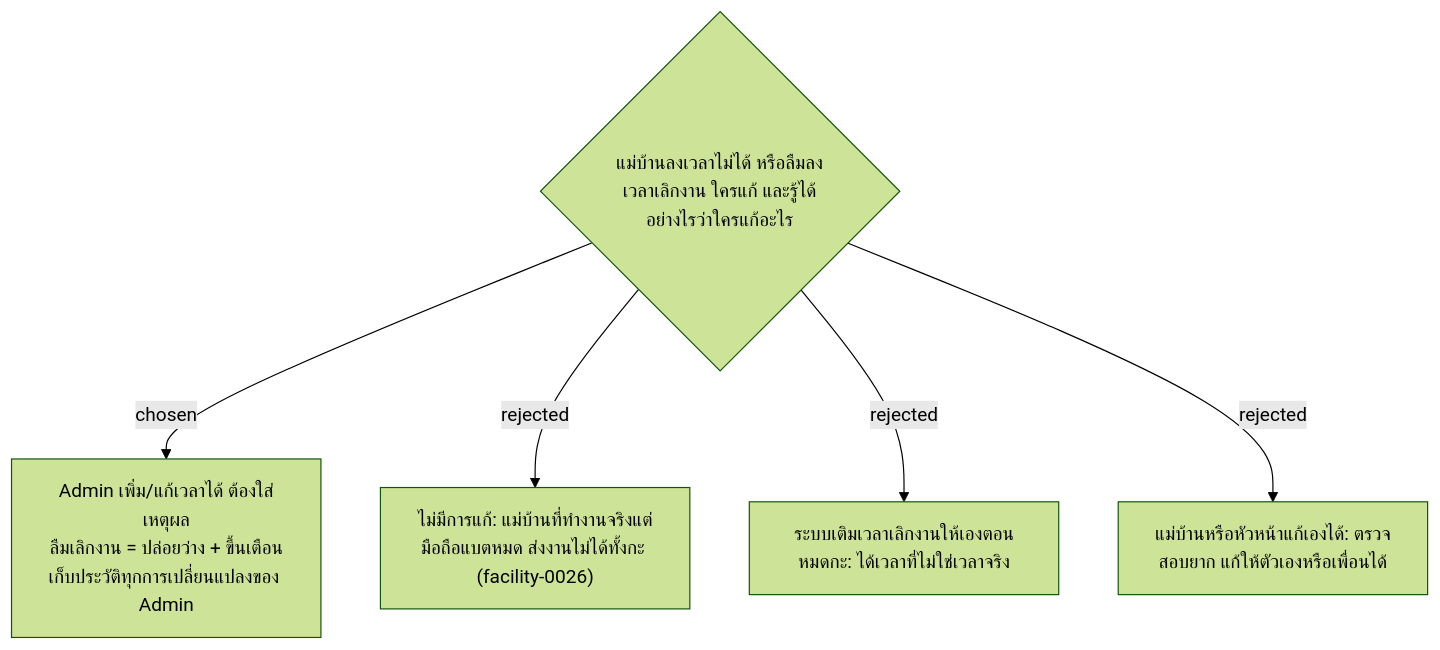
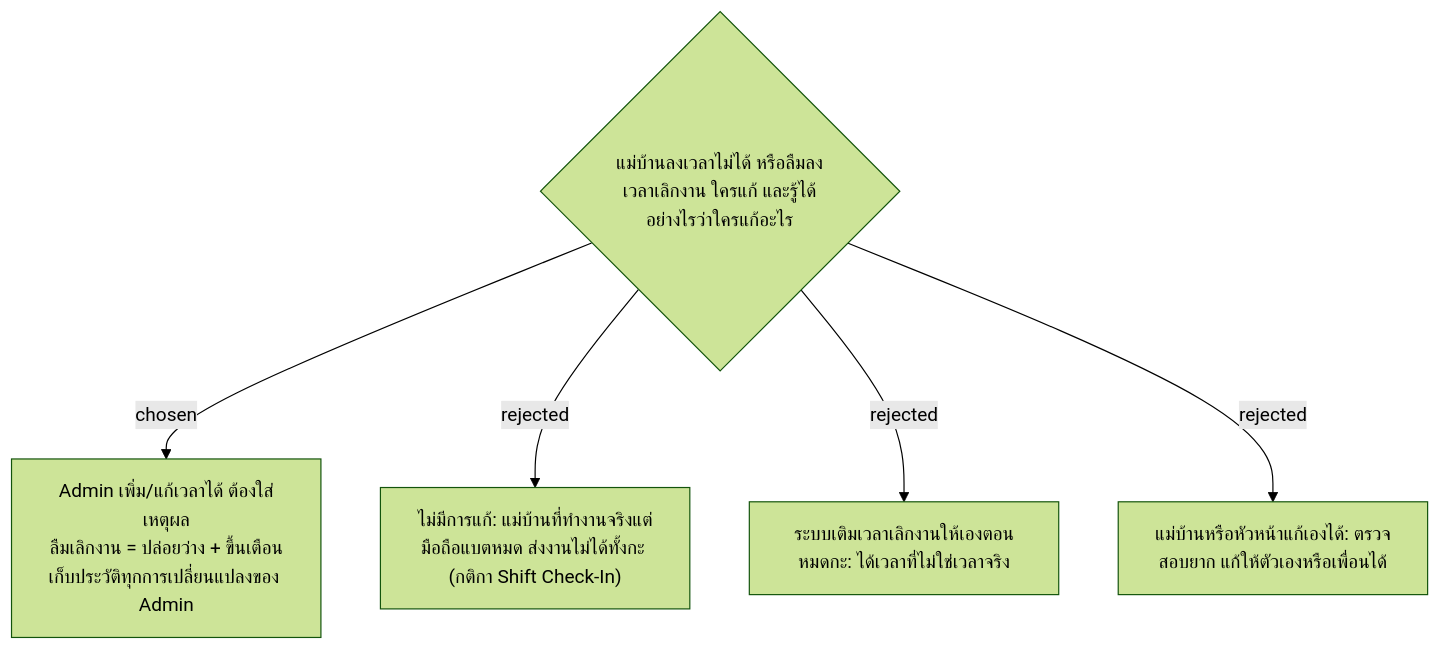
One commit to ThodsaphonSonthiphin/Facility-Real-time-dashboard changed the diagram in docs/adr/facility-0051-admin-corrections-and-audit-log.md. Above: the diagram before and after it, drawn with Mermaid (forest theme). The commit also changed other lines of this file and 72 other files, not shown here.

````diff
--- a/docs/adr/facility-0051-admin-corrections-and-audit-log.md
+++ b/docs/adr/facility-0051-admin-corrections-and-audit-log.md
@@ -3,7 +3,7 @@
 ```mermaid
 flowchart TD
     Q{"แม่บ้านลงเวลาไม่ได้ หรือลืมลงเวลาเลิกงาน ใครแก้ และรู้ได้อย่างไรว่าใครแก้อะไร"} -->|chosen| A["Admin เพิ่ม/แก้เวลาได้ ต้องใส่เหตุผล<br/>ลืมเลิกงาน = ปล่อยว่าง + ขึ้นเตือน<br/>เก็บประวัติทุกการเปลี่ยนแปลงของ Admin"]
-    Q -->|rejected| B["ไม่มีการแก้: แม่บ้านที่ทำงานจริงแต่มือถือแบตหมด ส่งงานไม่ได้ทั้งกะ (facility-0026)"]
+    Q -->|rejected| B["ไม่มีการแก้: แม่บ้านที่ทำงานจริงแต่มือถือแบตหมด ส่งงานไม่ได้ทั้งกะ (กติกา Shift Check-In)"]
     Q -->|rejected| C["ระบบเติมเวลาเลิกงานให้เองตอนหมดกะ: ได้เวลาที่ไม่ใช่เวลาจริง"]
     Q -->|rejected| D["แม่บ้านหรือหัวหน้าแก้เองได้: ตรวจสอบยาก แก้ให้ตัวเองหรือเพื่อนได้"]
 ```
````
